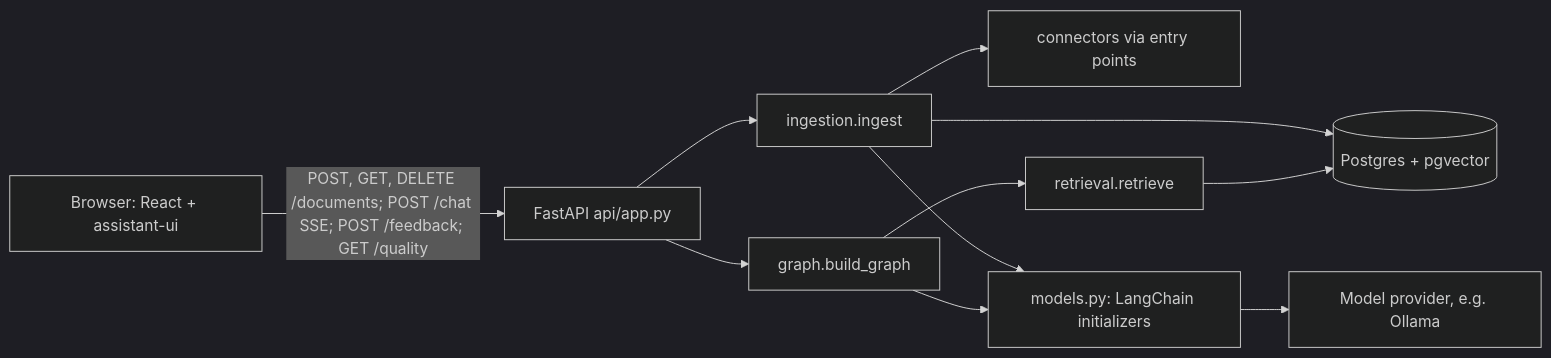
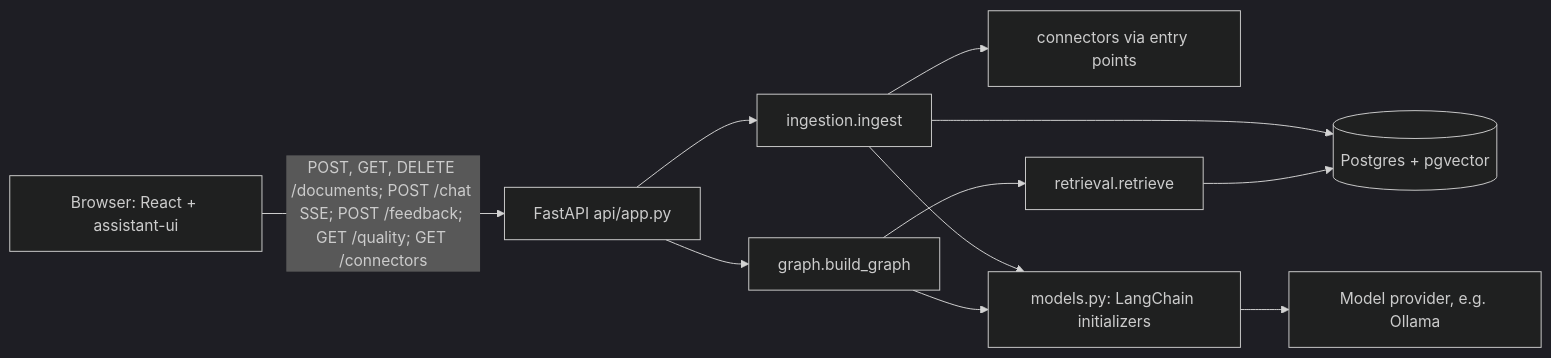
Before and after one commit to AaronProbha18/Insight-RAG: the diagram in docs/architecture/overview.md, drawn with Mermaid (dark theme). The commit also changed other lines of this file and 49 other files, not shown here.

First line of the commit message:
feat: [feature] Connectors page with per-connector quality, and GET /connectors (#34) (#43)

````diff
--- a/docs/architecture/overview.md
+++ b/docs/architecture/overview.md
@@ -12,12 +12,12 @@
 ```mermaid
 flowchart LR
-  UI[Browser: React + assistant-ui] -->|POST, GET, DELETE /documents; POST /chat SSE; POST /feedback; GET /quality| API[FastAPI api/app.py]
+  UI[Browser: React + assistant-ui] -->|POST, GET, DELETE /documents; POST /chat SSE; POST /feedback; GET /quality; GET /connectors| API[FastAPI api/app.py]
   API --> ING[ingestion.ingest]
   API --> G[graph.build_graph]
   ING --> C[connectors via entry points]
   ING --> DB[(Postgres + pgvector)]
   G --> R[retrieval.retrieve] --> DB
   ING --> M[models.py: LangChain initializers]
   G --> M
   M --> P[Model provider, e.g. Ollama]
 ```
````
